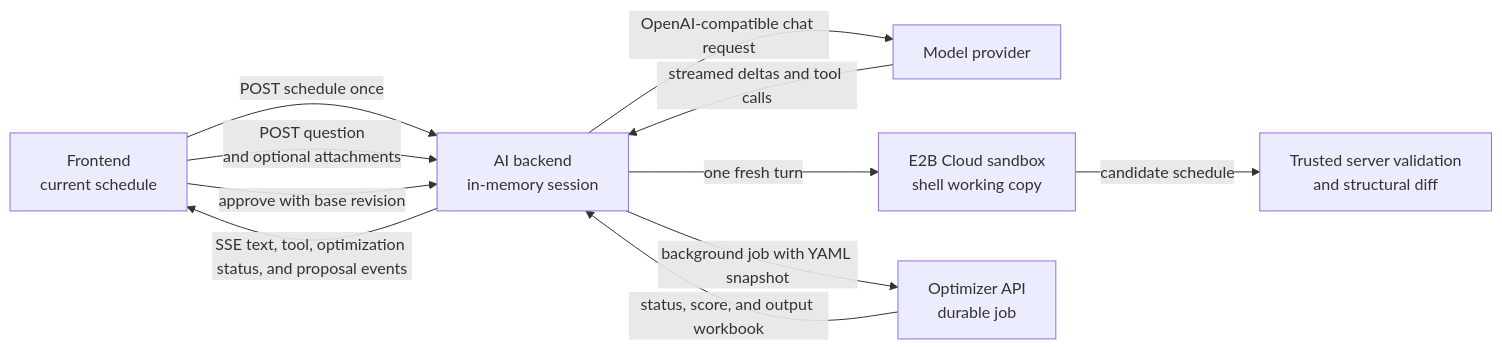
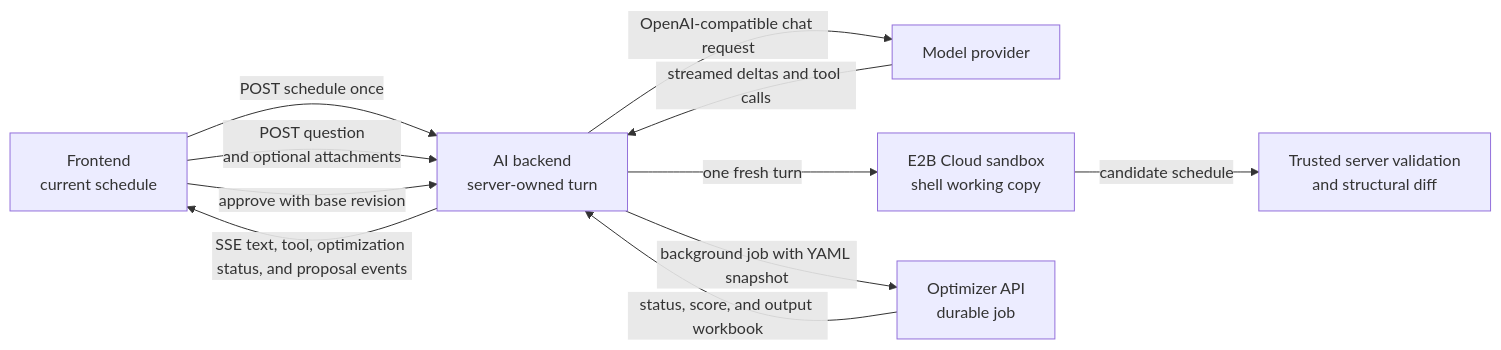
Before and after one commit to j3soon/nurse-scheduling: the diagram in docs/content/ai-assistant.md, drawn with Mermaid. The commit also changed other lines of this file and 12 other files, not shown here.

````diff
--- a/docs/content/ai-assistant.md
+++ b/docs/content/ai-assistant.md
@@ -47,13 +47,13 @@
 ```mermaid
 flowchart LR
-    Browser[Frontend<br/>current schedule] -->|POST schedule once| Session[AI backend<br/>in-memory session]
+    Browser[Frontend<br/>current schedule] -->|POST schedule once| Session[AI backend<br/>server-owned turn]
     Browser -->|POST question<br/>and optional attachments| Session
     Session -->|OpenAI-compatible chat request| Provider[Model provider]
     Provider -->|streamed deltas and tool calls| Session
     Session -->|one fresh turn| Sandbox[E2B Cloud sandbox<br/>shell working copy]
     Session -->|background job with YAML snapshot| Optimizer[Optimizer API<br/>durable job]
     Optimizer -->|status, score, and output workbook| Session
     Sandbox -->|candidate schedule| Validation[Trusted server validation<br/>and structural diff]
     Session -->|SSE text, tool, optimization status, and proposal events| Browser
     Browser -->|approve with base revision| Session
 ```
````
